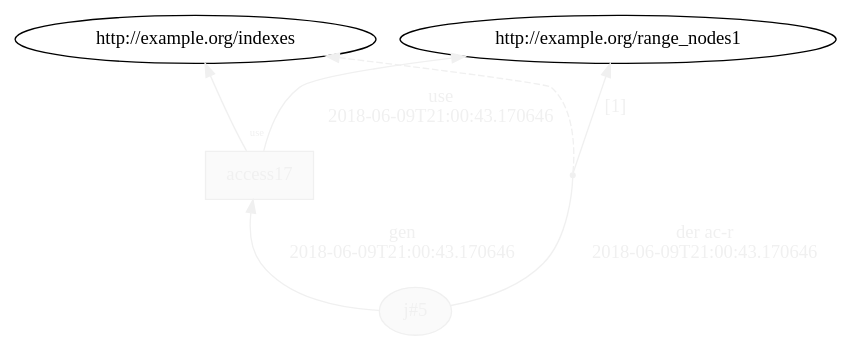
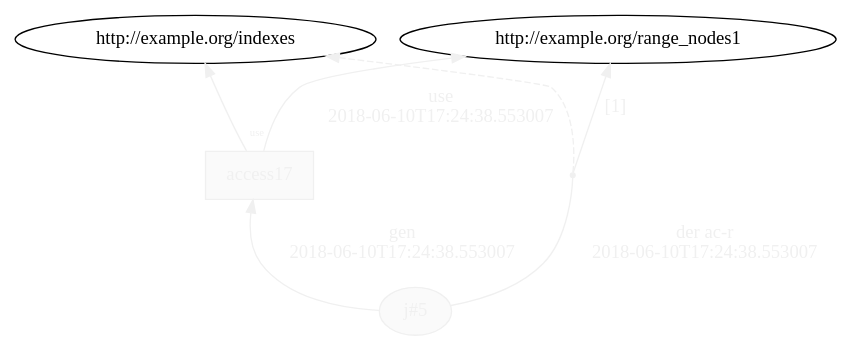
Before and after one commit to dew-uff/versioned-prov: the diagram in generated/intertwined_prov/temp/L13__loop_access_5.dot, drawn with Graphviz. The commit also changed 947 other files, not shown here.

```diff
--- a/generated/intertwined_prov/temp/L13__loop_access_5.dot
+++ b/generated/intertwined_prov/temp/L13__loop_access_5.dot
@@ -1,14 +1,14 @@
 digraph "PROV" { size="16,12"; rankdir="BT";
 "http://example.org/j#5" [fillcolor="#FAFAFA",color="#F0F0F0",style="filled",fontcolor="#F0F0F0",label="j#5",URL="http://example.org/j#5"]
 "http://example.org/access17" [fillcolor="#FAFAFA",color="#F0F0F0",shape="polygon",sides="4",style="filled",fontcolor="#F0F0F0",label="access17",URL="http://example.org/access17"]
 "bn0" [shape="point",label="",fontcolor="#F0F0F0",color="#F0F0F0"]
 "http://example.org/j#5" -> "bn0" [fontsize="14",distance="1.5",angle="60.0",rotation="20",label="der ac-r
-2018-06-09T21:00:43.170646",arrowhead="none",fontcolor="#F0F0F0",color="#F0F0F0"]
+2018-06-10T17:24:38.553007",arrowhead="none",fontcolor="#F0F0F0",color="#F0F0F0"]
 "bn0" -> "http://example.org/indexes" [style="dashed",fontcolor="#F0F0F0",color="#F0F0F0"]
 "bn0" -> "http://example.org/range_nodes1" [fontsize="14",distance="1.5",angle="60.0",rotation="20",label="[1]",fontcolor="#F0F0F0",color="#F0F0F0"]
 "http://example.org/access17" -> "http://example.org/indexes" [labelfontsize="8",labeldistance="1.5",labelangle="60.0",rotation="20",taillabel="use",fontcolor="#F0F0F0",color="#F0F0F0"]
 "http://example.org/access17" -> "http://example.org/range_nodes1" [fontsize="14",distance="1.5",angle="60.0",rotation="20",label="use
-2018-06-09T21:00:43.170646",fontcolor="#F0F0F0",color="#F0F0F0"]
+2018-06-10T17:24:38.553007",fontcolor="#F0F0F0",color="#F0F0F0"]
 "http://example.org/j#5" -> "http://example.org/access17" [fontsize="14",distance="1.5",angle="60.0",rotation="20",label="gen
-2018-06-09T21:00:43.170646",fontcolor="#F0F0F0",color="#F0F0F0"]
+2018-06-10T17:24:38.553007",fontcolor="#F0F0F0",color="#F0F0F0"]
 }
```
